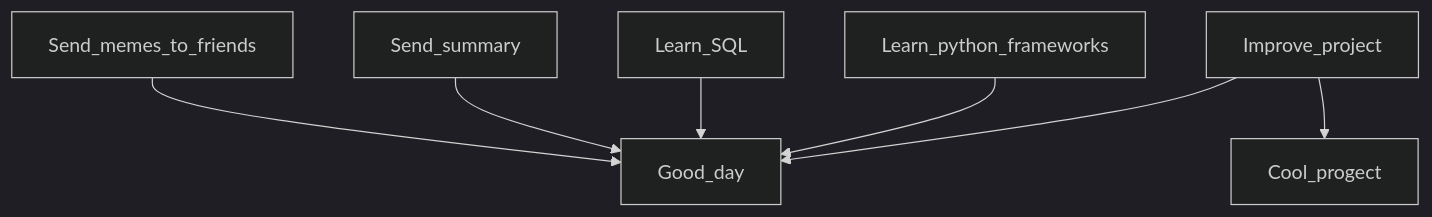
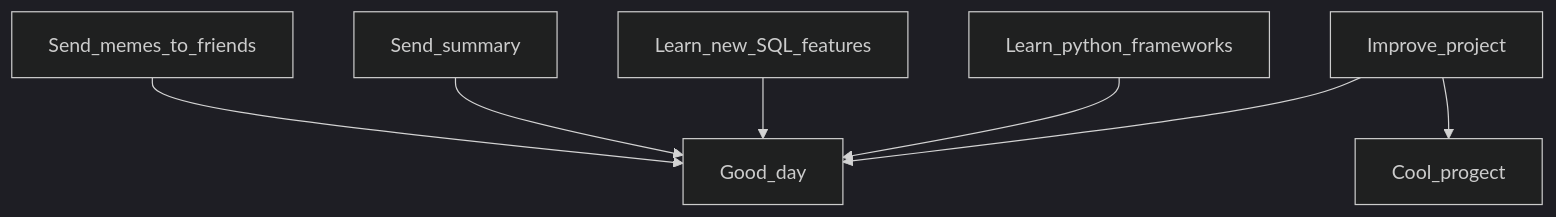
Before and after one commit to Dopelen/Dopelen: the diagram in README.md, drawn with Mermaid (dark theme). The commit also changed other lines of this file, not shown here.

````diff
--- a/README.md
+++ b/README.md
@@ -133,9 +142,9 @@
 ```mermaid
 graph TD;
     Improve_project-->Good_day;
     Improve_project-->Cool_progect;
     Learn_python_frameworks-->Good_day;
-    Learn_SQL-->Good_day;
+    Learn_new_SQL_features-->Good_day;
     Send_summary-->Good_day;
     Send_memes_to_friends --> Good_day;
 ```
````
